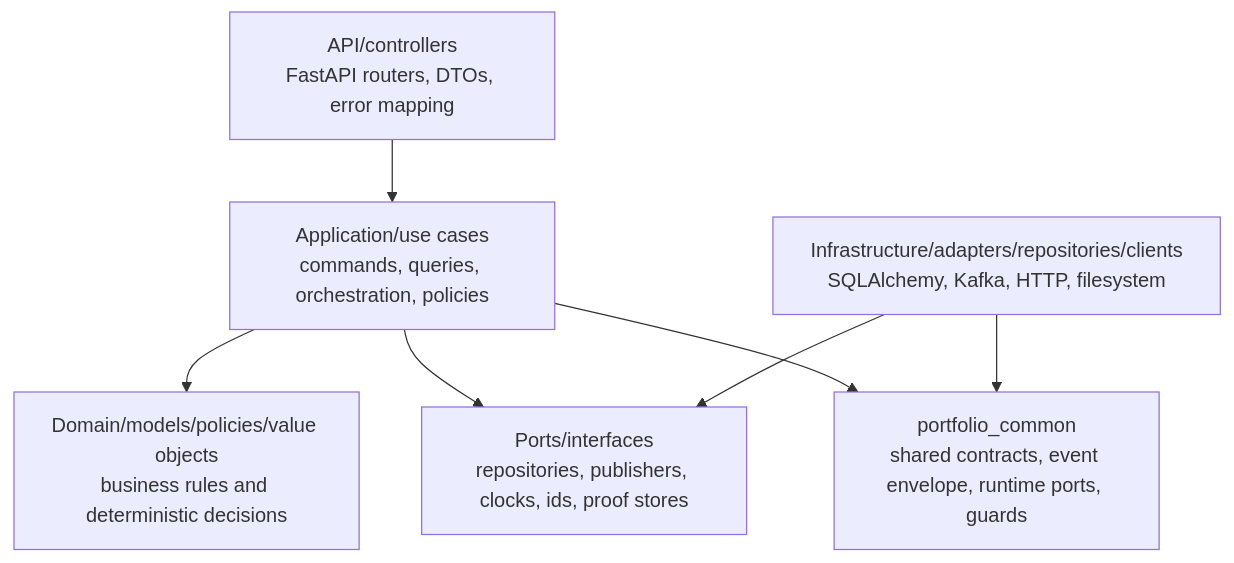
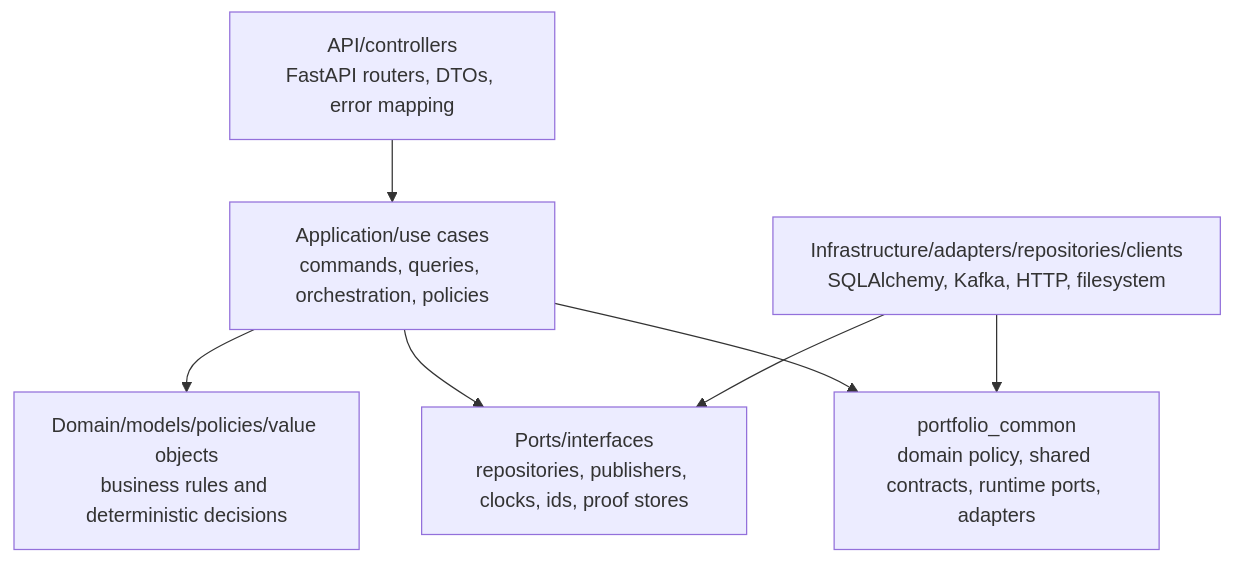
The second of 3 diagrams in docs/architecture/current-state-architecture-map.md (sgajbi/lotus-core), drawn with Mermaid before and after one commit. The commit also changed other lines of this file and 35 other files, not shown here.

Commit message:
refactor: establish shared domain library boundary

````diff
--- a/docs/architecture/current-state-architecture-map.md
+++ b/docs/architecture/current-state-architecture-map.md
@@ -65,16 +65,16 @@
 ```mermaid
 flowchart TB
     API["API/controllers<br/>FastAPI routers, DTOs, error mapping"]
     Application["Application/use cases<br/>commands, queries, orchestration, policies"]
     Domain["Domain/models/policies/value objects<br/>business rules and deterministic decisions"]
     Ports["Ports/interfaces<br/>repositories, publishers, clocks, ids, proof stores"]
     Infrastructure["Infrastructure/adapters/repositories/clients<br/>SQLAlchemy, Kafka, HTTP, filesystem"]
-    Shared["portfolio_common<br/>shared contracts, event envelope, runtime ports, guards"]
+    Shared["portfolio_common<br/>domain policy, shared contracts, runtime ports, adapters"]
 
     API --> Application
     Application --> Domain
     Application --> Ports
     Infrastructure --> Ports
     Application --> Shared
     Infrastructure --> Shared
 ```
````
